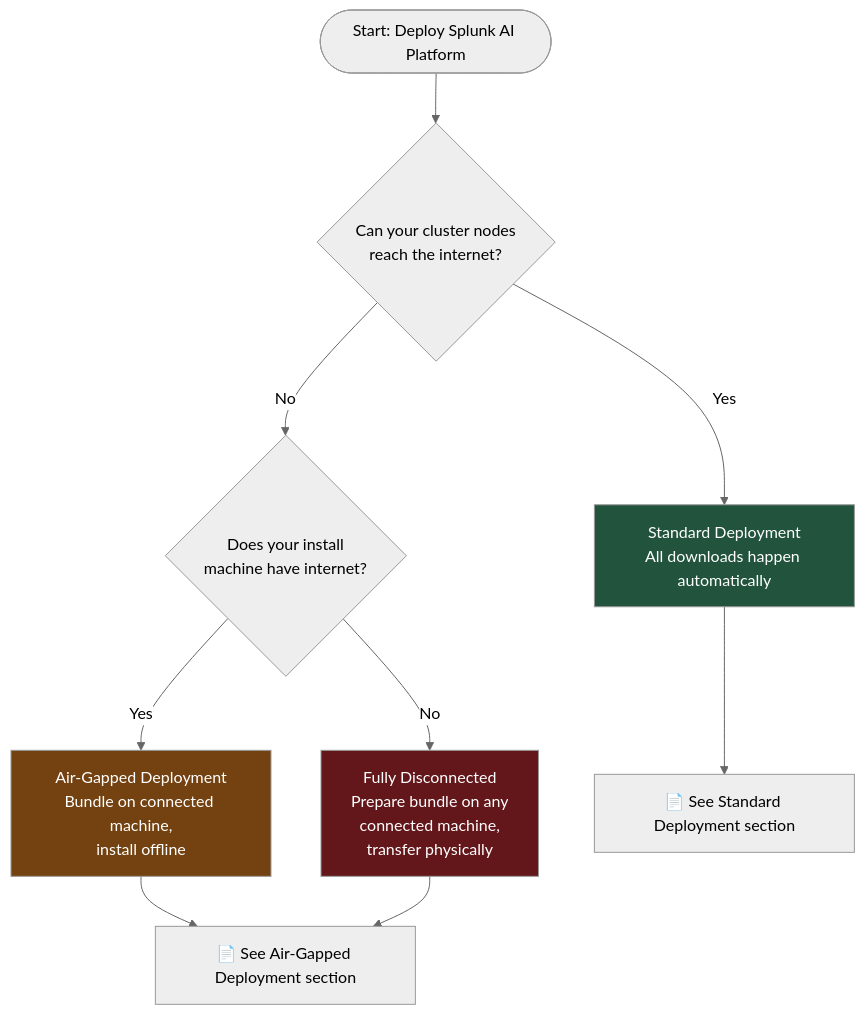
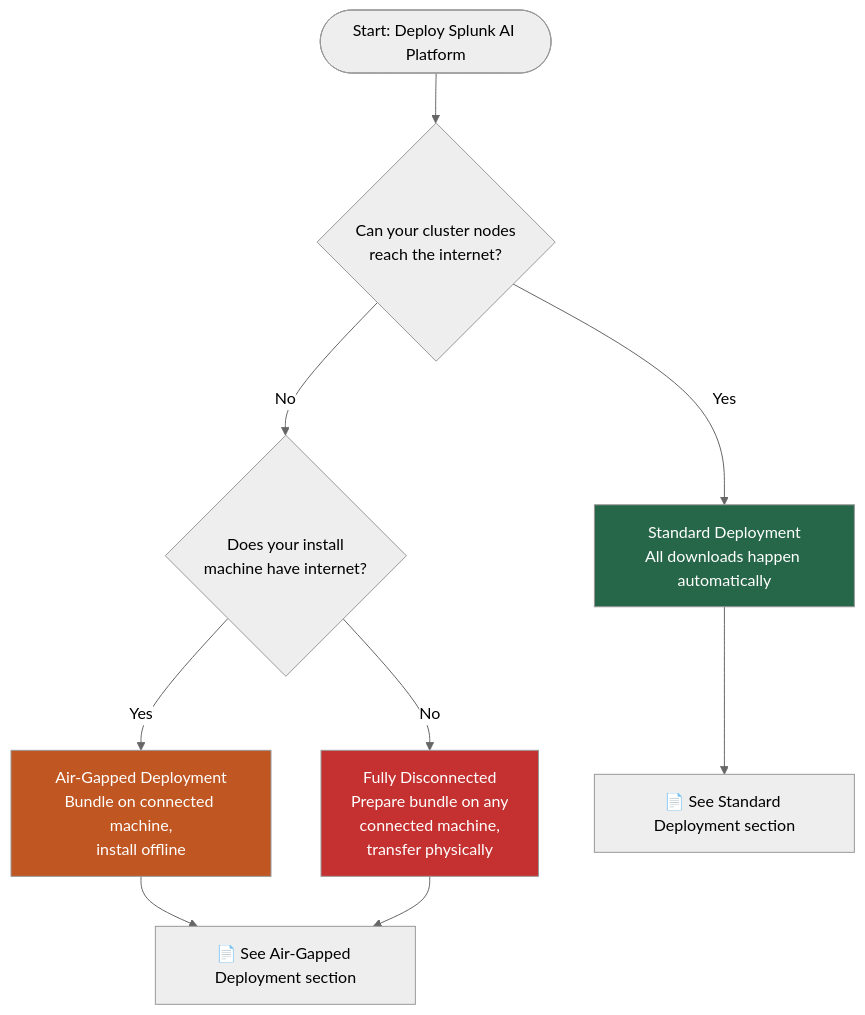
Before and after one commit to splunk/splunk-ai-operator: the first of 14 diagrams in tools/cluster_setup/DEPLOYMENT_GUIDE.md, drawn with Mermaid (neutral theme). The commit also changed other lines of this file and 1 other file, not shown here.

First line of the commit message:
docs: update TEST_PLAN with session changes; fix DEPLOYMENT_GUIDE diagram colors

````diff
--- a/tools/cluster_setup/DEPLOYMENT_GUIDE.md
+++ b/tools/cluster_setup/DEPLOYMENT_GUIDE.md
@@ -34,20 +34,20 @@
 ```mermaid
 flowchart TD
     START([Start: Deploy Splunk AI Platform]) --> Q1
 
     Q1{Can your cluster nodes\nreach the internet?}
     Q1 -->|Yes| STANDARD[Standard Deployment\nAll downloads happen automatically]
     Q1 -->|No| Q2
 
     Q2{Does your install\nmachine have internet?}
     Q2 -->|Yes| AIRGAP[Air-Gapped Deployment\nBundle on connected machine,\ninstall offline]
     Q2 -->|No| FULLAIR[Fully Disconnected\nPrepare bundle on any\nconnected machine,\ntransfer physically]
 
     STANDARD --> SDOC[📄 See Standard Deployment section]
     AIRGAP --> ADOC[📄 See Air-Gapped Deployment section]
     FULLAIR --> ADOC
 
-    style STANDARD fill:#22543d,color:#fff
-    style AIRGAP fill:#744210,color:#fff
-    style FULLAIR fill:#63171b,color:#fff
+    style STANDARD fill:#276749,color:#fff
+    style AIRGAP fill:#c05621,color:#fff
+    style FULLAIR fill:#c53030,color:#fff
 ```
````
